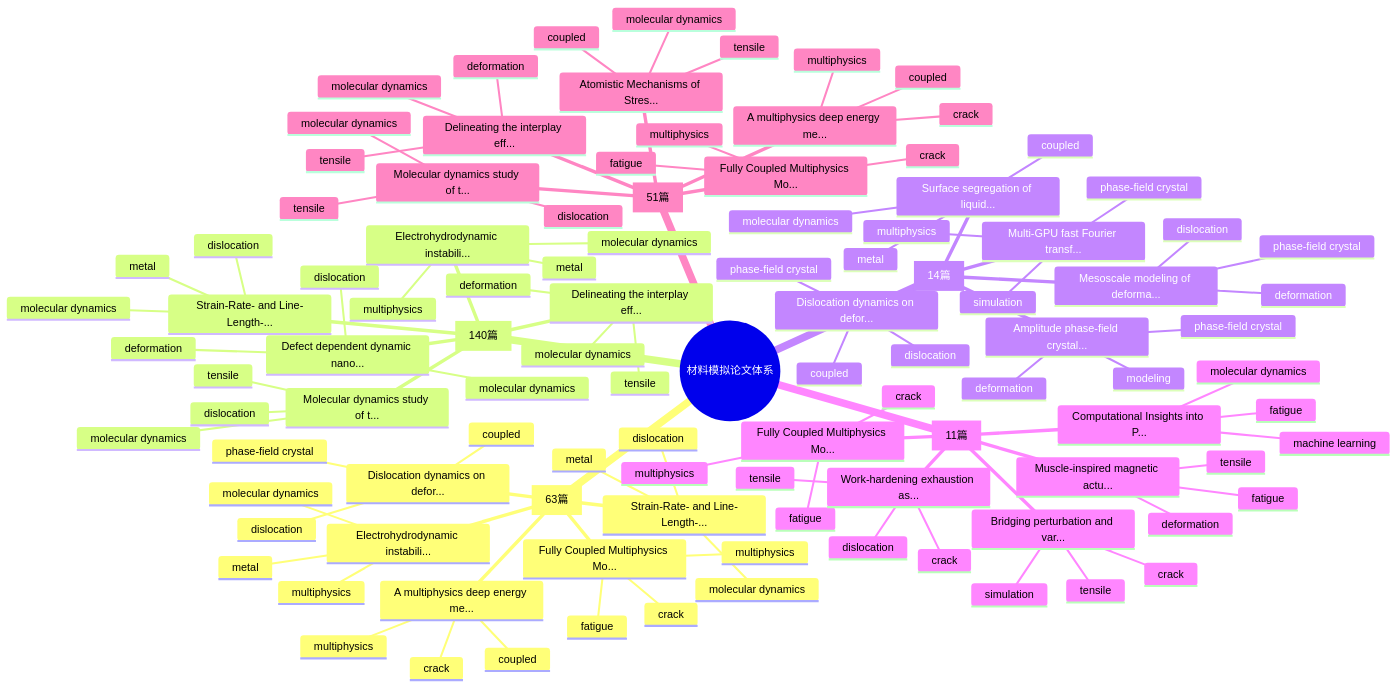
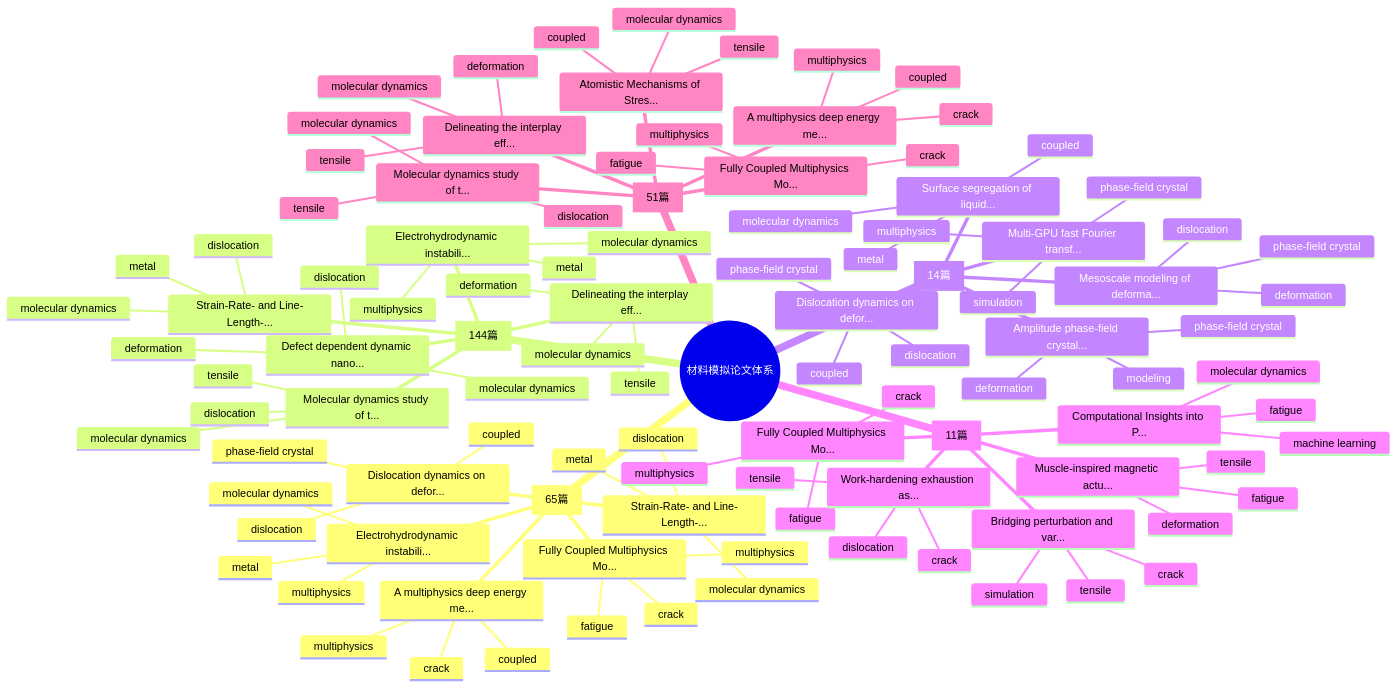
One commit to Shirakawa11111/BJK_readpaper changed the first of 2 diagrams in README.md. Above: the diagram before and after it, drawn with Mermaid. The commit also changed other lines of this file and 11 other files, not shown here.

````diff
--- a/README.md
+++ b/README.md
@@ -94,7 +94,7 @@
 ```mermaid
 mindmap
   root((材料模拟论文体系))
-    Multiphysics Coupling [63篇]
+    Multiphysics Coupling [65篇]
       Fully Coupled Multiphysics Mo...
         fatigue
         multiphysics
@@ -115,7 +115,7 @@
         molecular dynamics
         dislocation
         metal
-    Molecular Dynamics [140篇]
+    Molecular Dynamics [144篇]
       Molecular dynamics study of t...
         molecular dynamics
         dislocation
````
